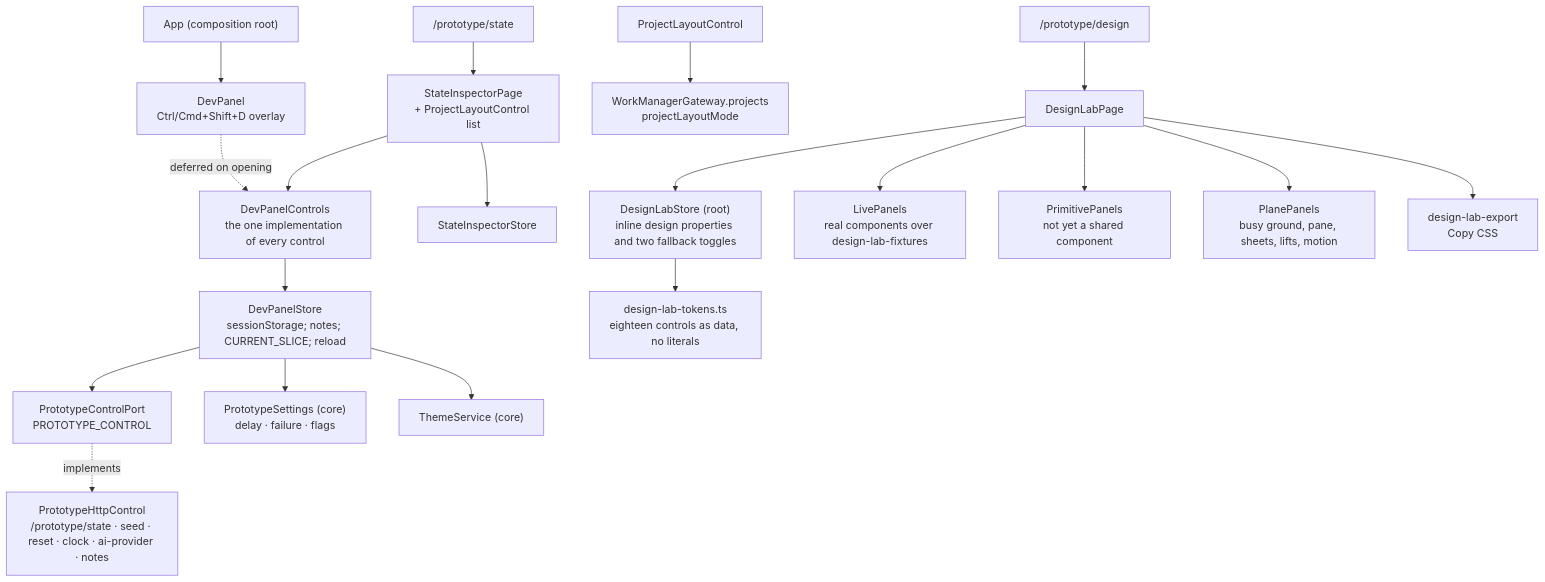
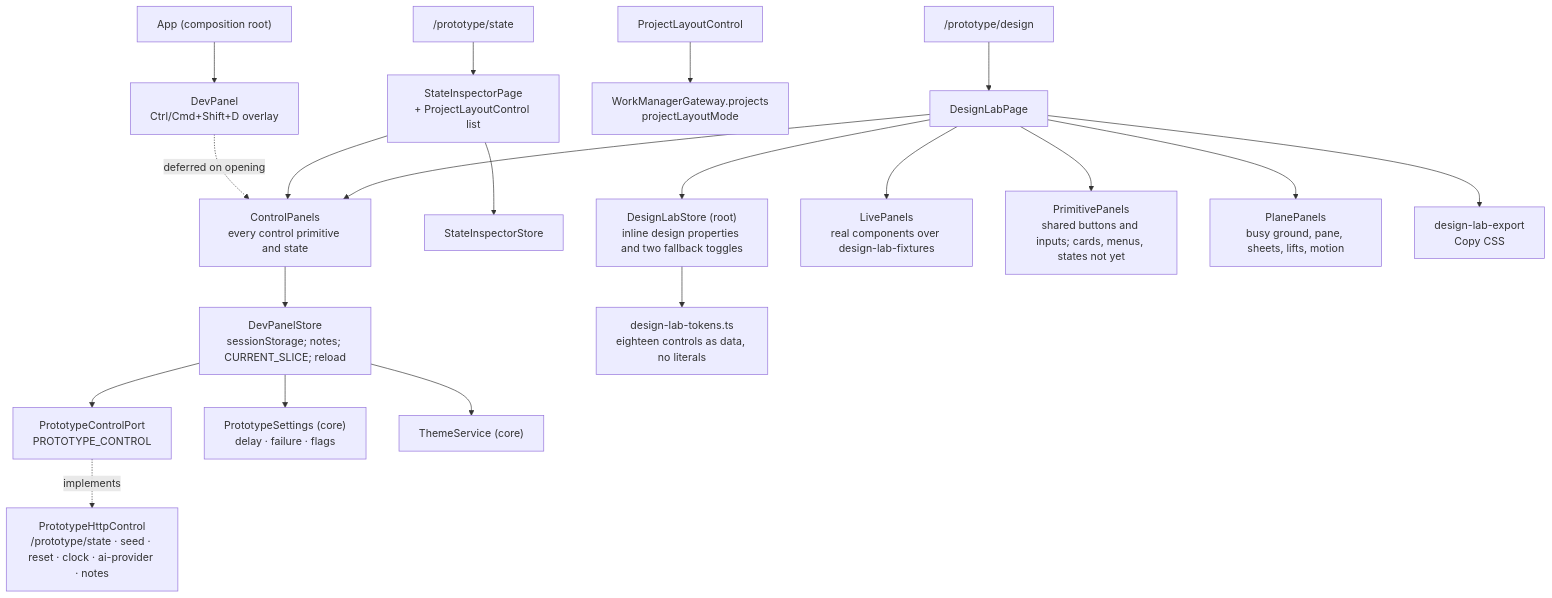
Before and after one commit to CalciteDragon/Canvas-work-manager-prototype: the diagram in docs/architecture/web/prototype-tooling/what.md, drawn with Mermaid. The commit also changed other lines of this file and 10 other files, not shown here.

First line of the commit message:
Slice 72 A3: Lab shows the shared primitives and a Controls panel (§67, §77)

````diff
--- a/docs/architecture/web/prototype-tooling/what.md
+++ b/docs/architecture/web/prototype-tooling/what.md
@@ -5,21 +5,22 @@
 ```mermaid
 flowchart TB
   app["App (composition root)"] --> panel["DevPanel<br/>Ctrl/Cmd+Shift+D overlay"]
   route["/prototype/state"] --> inspector["StateInspectorPage<br/>+ ProjectLayoutControl list"]
   panel -. "deferred on opening" .-> controls["DevPanelControls<br/>the one implementation of every control"]
   inspector --> controls
   controls --> dstore["DevPanelStore<br/>sessionStorage; notes; CURRENT_SLICE; reload"]
   inspector --> istore["StateInspectorStore"]
   dstore --> port["PrototypeControlPort<br/>PROTOTYPE_CONTROL"]
   port -. implements .-> http["PrototypeHttpControl<br/>/prototype/state · seed · reset · clock · ai-provider · notes"]
   dstore --> settings["PrototypeSettings (core)<br/>delay · failure · flags"]
   dstore --> theme["ThemeService (core)"]
   layout["ProjectLayoutControl"] --> gw["WorkManagerGateway.projects<br/>projectLayoutMode"]
   route2["/prototype/design"] --> lab["DesignLabPage"]
   lab --> lstore["DesignLabStore (root)<br/>inline design properties and two fallback toggles"]
   lab --> live["LivePanels<br/>real components over design-lab-fixtures"]
-  lab --> prim["PrimitivePanels<br/>not yet a shared component"]
+  lab --> prim["PrimitivePanels<br/>shared buttons and inputs; cards, menus, states not yet"]
+  lab --> controls["ControlPanels<br/>every control primitive and state"]
   lab --> planes["PlanePanels<br/>busy ground, pane, sheets, lifts, motion"]
   lab --> export["design-lab-export<br/>Copy CSS"]
   lstore --> tokens["design-lab-tokens.ts<br/>eighteen controls as data, no literals"]
 ```
````
